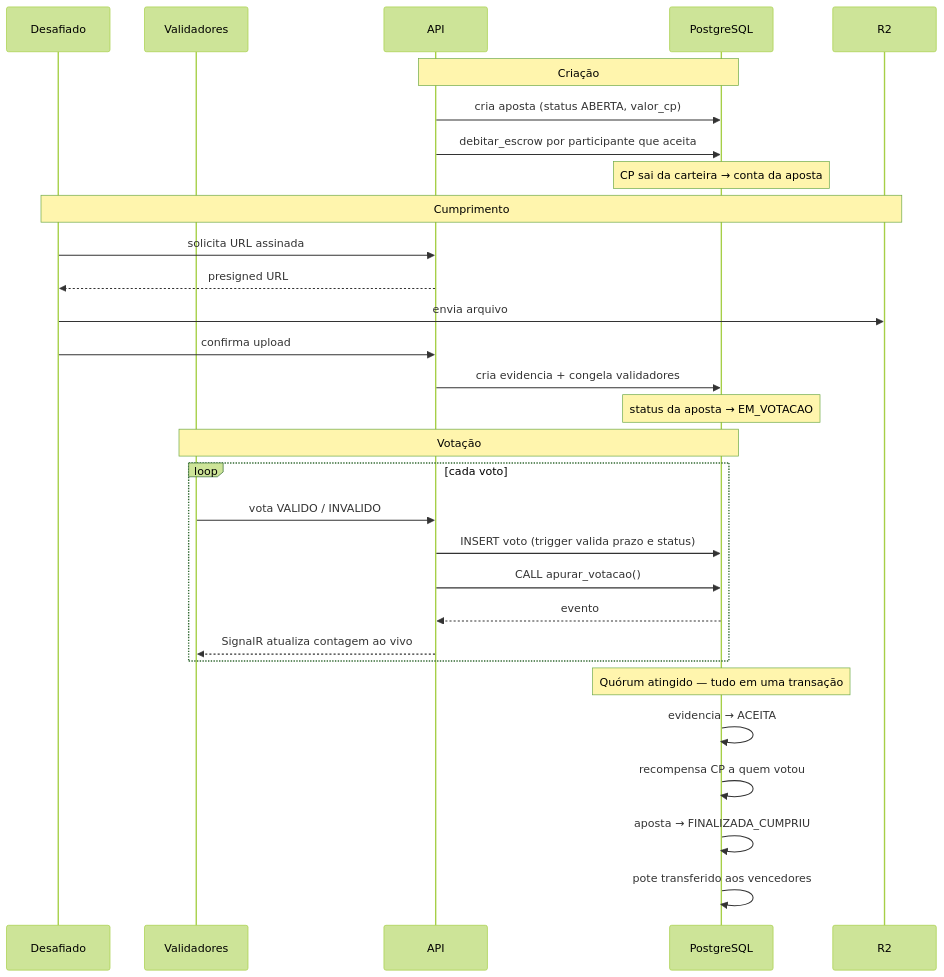
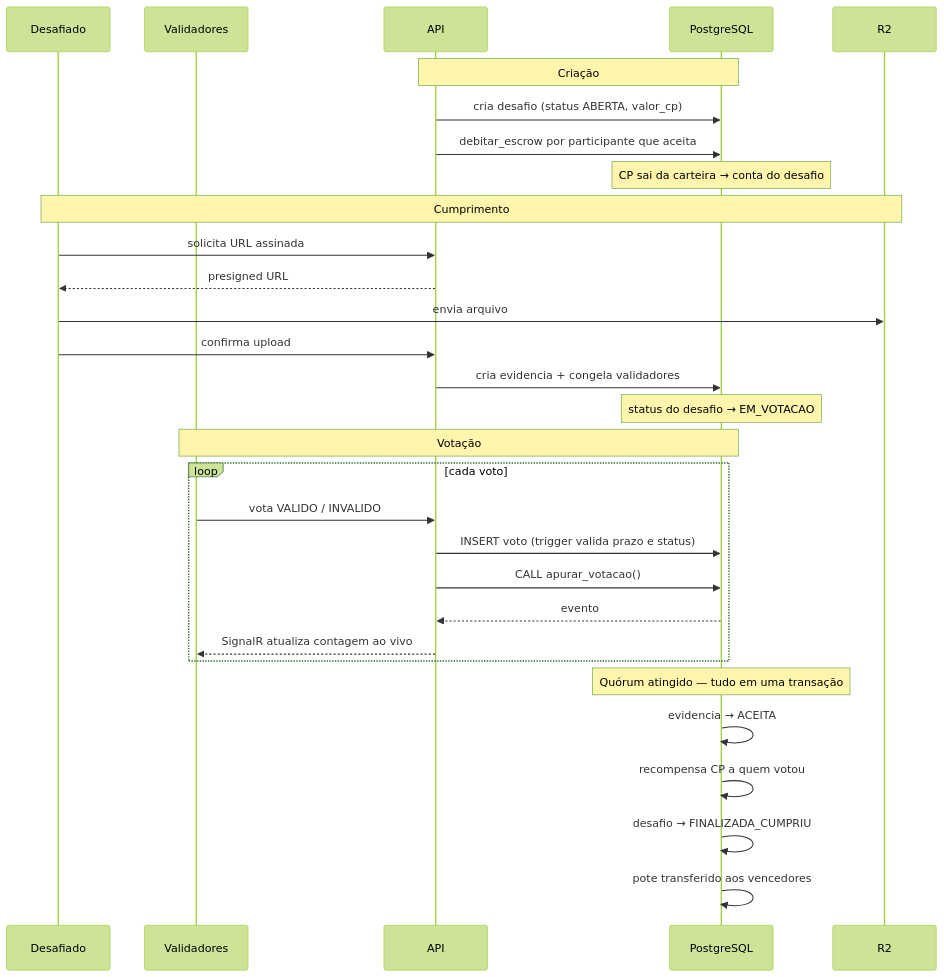
One commit to SecreTavin/A3-banco-de-dados changed the second of 2 diagrams in docs/02-arquitetura/13-visao-geral.md. Above: the diagram before and after it, drawn with Mermaid (forest theme). The commit also changed other lines of this file and 54 other files, not shown here.

First line of the commit message:
docs: desafio no lugar de aposta, DER com chaves, plano por integrante e textos de introducao

````diff
--- a/docs/02-arquitetura/13-visao-geral.md
+++ b/docs/02-arquitetura/13-visao-geral.md
@@ -87,36 +87,36 @@
 ```mermaid
 sequenceDiagram
     participant D as Desafiado
     participant V as Validadores
     participant API
     participant PG as PostgreSQL
     participant R2
 
     Note over API,PG: Criação
-    API->>PG: cria aposta (status ABERTA, valor_cp)
+    API->>PG: cria desafio (status ABERTA, valor_cp)
     API->>PG: debitar_escrow por participante que aceita
-    Note over PG: CP sai da carteira → conta da aposta
+    Note over PG: CP sai da carteira → conta do desafio
 
     Note over D,R2: Cumprimento
     D->>API: solicita URL assinada
     API-->>D: presigned URL
     D->>R2: envia arquivo
     D->>API: confirma upload
     API->>PG: cria evidencia + congela validadores
-    Note over PG: status da aposta → EM_VOTACAO
+    Note over PG: status do desafio → EM_VOTACAO
 
     Note over V,PG: Votação
     loop cada voto
         V->>API: vota VALIDO / INVALIDO
         API->>PG: INSERT voto (trigger valida prazo e status)
         API->>PG: CALL apurar_votacao()
         PG-->>API: evento
         API-->>V: SignalR atualiza contagem ao vivo
     end
 
     Note over PG: Quórum atingido — tudo em uma transação
     PG->>PG: evidencia → ACEITA
     PG->>PG: recompensa CP a quem votou
-    PG->>PG: aposta → FINALIZADA_CUMPRIU
+    PG->>PG: desafio → FINALIZADA_CUMPRIU
     PG->>PG: pote transferido aos vencedores
 ```
````
